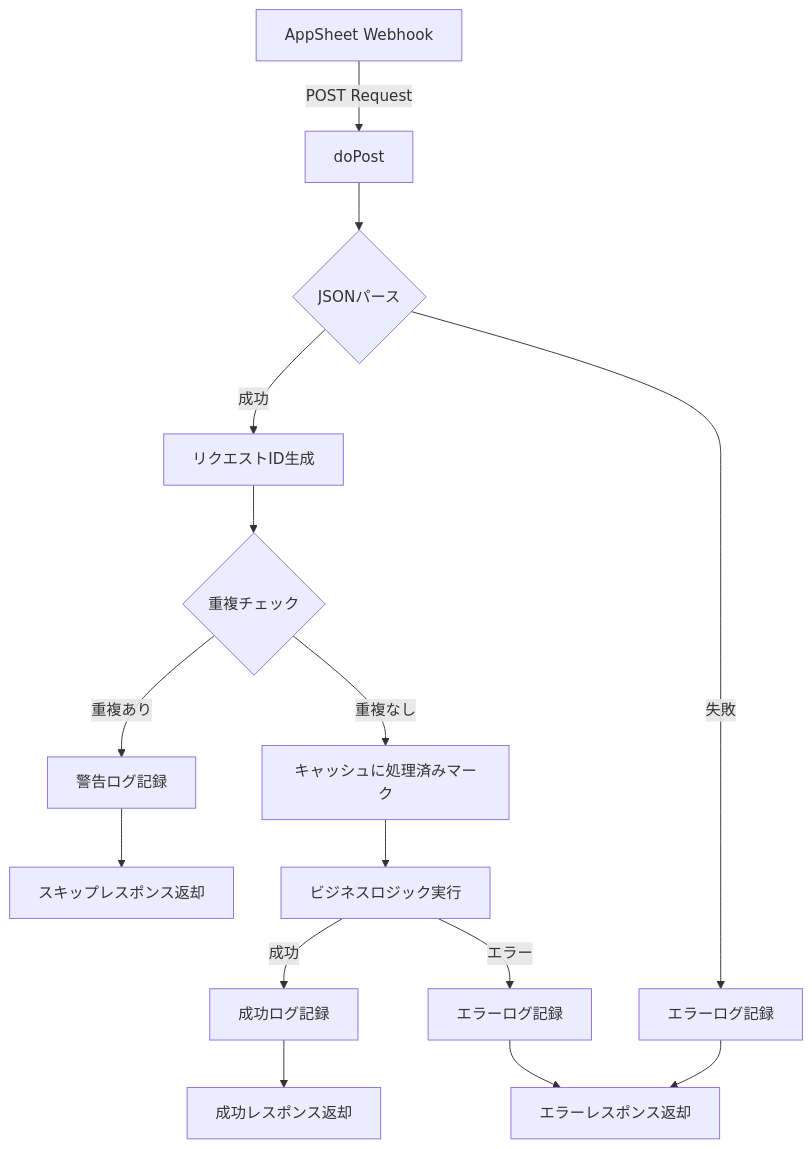
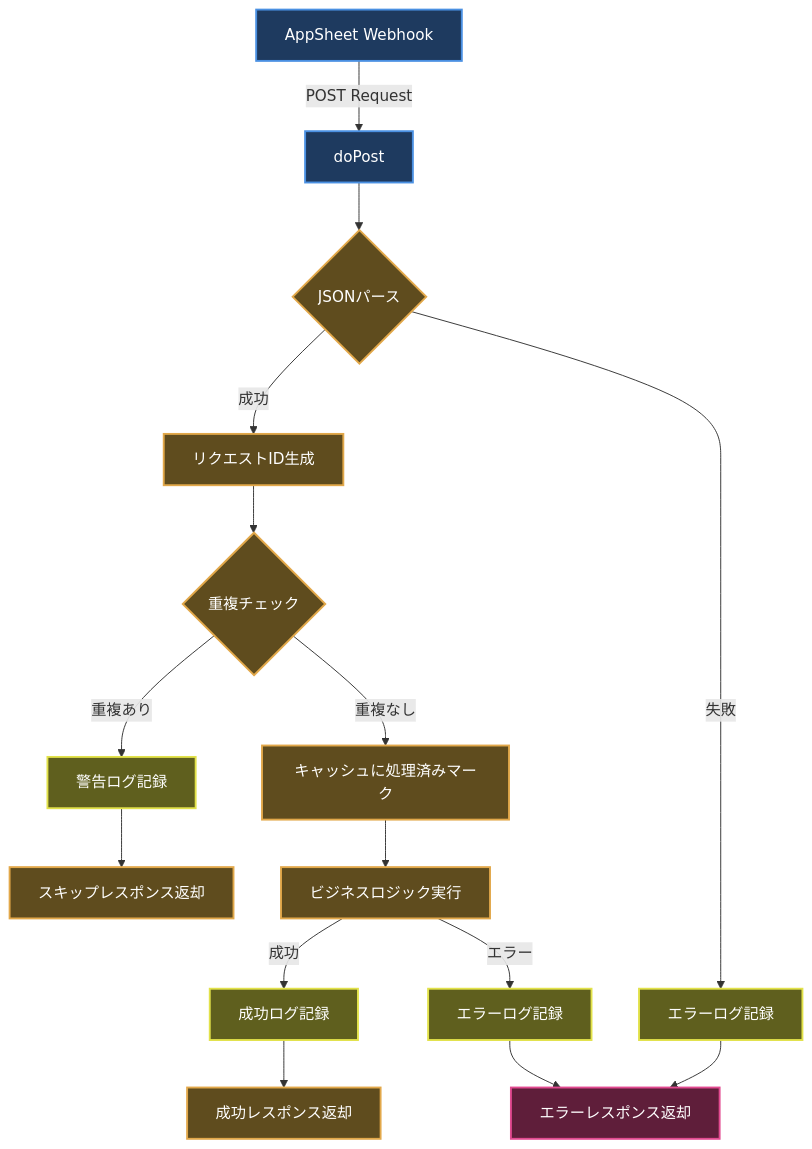
The first of 8 diagrams in gas_projects/projects/calls/Appsheet_通話_質疑応答/FLOW.md (tasai-lab/appsheet-gas-automation), drawn with Mermaid before and after one commit. The commit also changed other lines of this file and 15 other files, not shown here.

First line of the commit message:
docs: FLOW.mdにダークモード対応配色を適用 - 全15プロジェクト完了

````diff
--- a/gas_projects/projects/calls/Appsheet_通話_質疑応答/FLOW.md
+++ b/gas_projects/projects/calls/Appsheet_通話_質疑応答/FLOW.md
@@ -7,21 +7,36 @@
 ```mermaid
 flowchart TD
     A[AppSheet Webhook] -->|POST Request| B[doPost]
     B --> C{JSONパース}
     C -->|成功| D[リクエストID生成]
     C -->|失敗| E[エラーログ記録]
     E --> F[エラーレスポンス返却]
-    
+
     D --> G{重複チェック}
     G -->|重複あり| H[警告ログ記録]
     H --> I[スキップレスポンス返却]
-    
+
     G -->|重複なし| J[キャッシュに処理済みマーク]
     J --> K[ビジネスロジック実行]
-    
+
     K -->|成功| L[成功ログ記録]
     K -->|エラー| M[エラーログ記録]
-    
+
     L --> N[成功レスポンス返却]
     M --> F
+
+    style A fill:#1e3a5f,stroke:#4a90e2,stroke-width:2px,color:#ffffff
+    style B fill:#1e3a5f,stroke:#4a90e2,stroke-width:2px,color:#ffffff
+    style C fill:#5f4c1e,stroke:#e2a84a,stroke-width:2px,color:#ffffff
+    style D fill:#5f4c1e,stroke:#e2a84a,stroke-width:2px,color:#ffffff
+    style E fill:#5f5f1e,stroke:#e2e24a,stroke-width:2px,color:#ffffff
+    style F fill:#5f1e3a,stroke:#e24a90,stroke-width:2px,color:#ffffff
+    style G fill:#5f4c1e,stroke:#e2a84a,stroke-width:2px,color:#ffffff
+    style H fill:#5f5f1e,stroke:#e2e24a,stroke-width:2px,color:#ffffff
+    style I fill:#5f4c1e,stroke:#e2a84a,stroke-width:2px,color:#ffffff
+    style J fill:#5f4c1e,stroke:#e2a84a,stroke-width:2px,color:#ffffff
+    style K fill:#5f4c1e,stroke:#e2a84a,stroke-width:2px,color:#ffffff
+    style L fill:#5f5f1e,stroke:#e2e24a,stroke-width:2px,color:#ffffff
+    style M fill:#5f5f1e,stroke:#e2e24a,stroke-width:2px,color:#ffffff
+    style N fill:#5f4c1e,stroke:#e2a84a,stroke-width:2px,color:#ffffff
 ```
````
